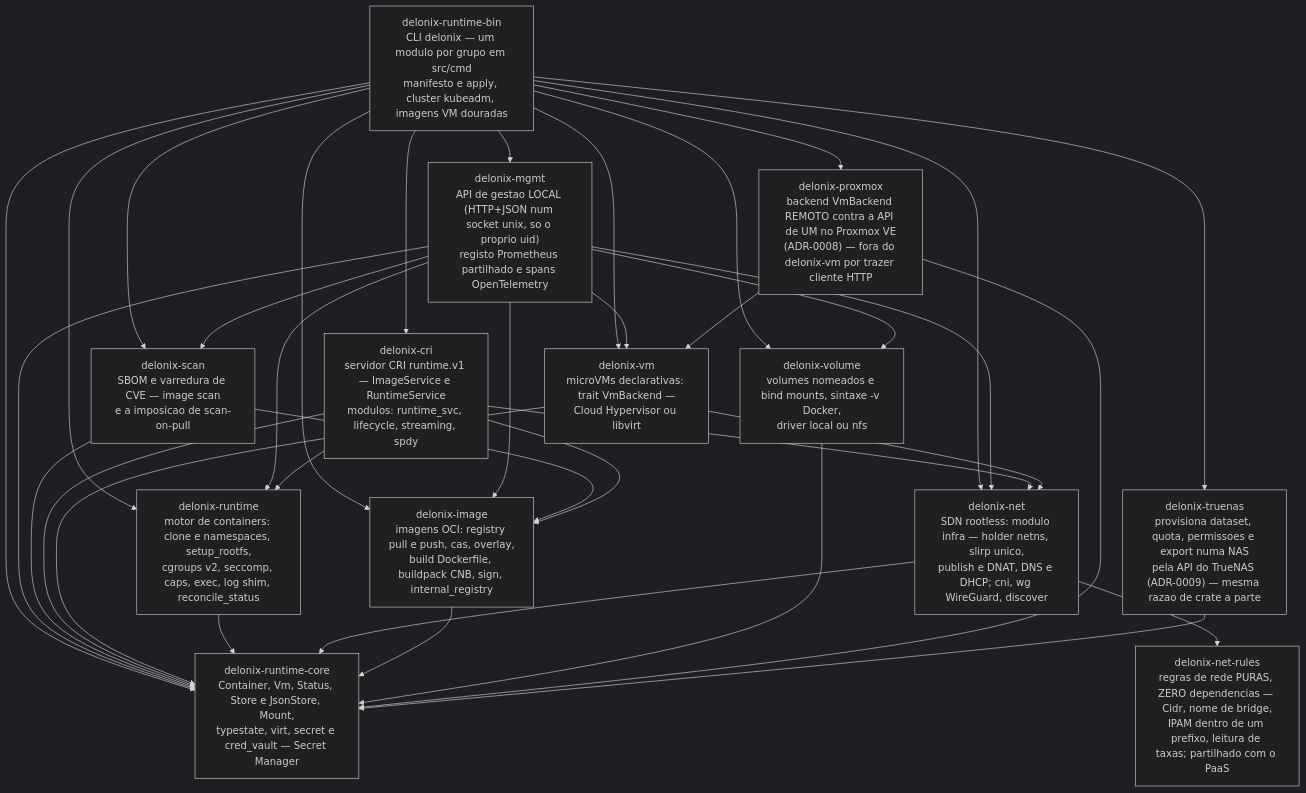
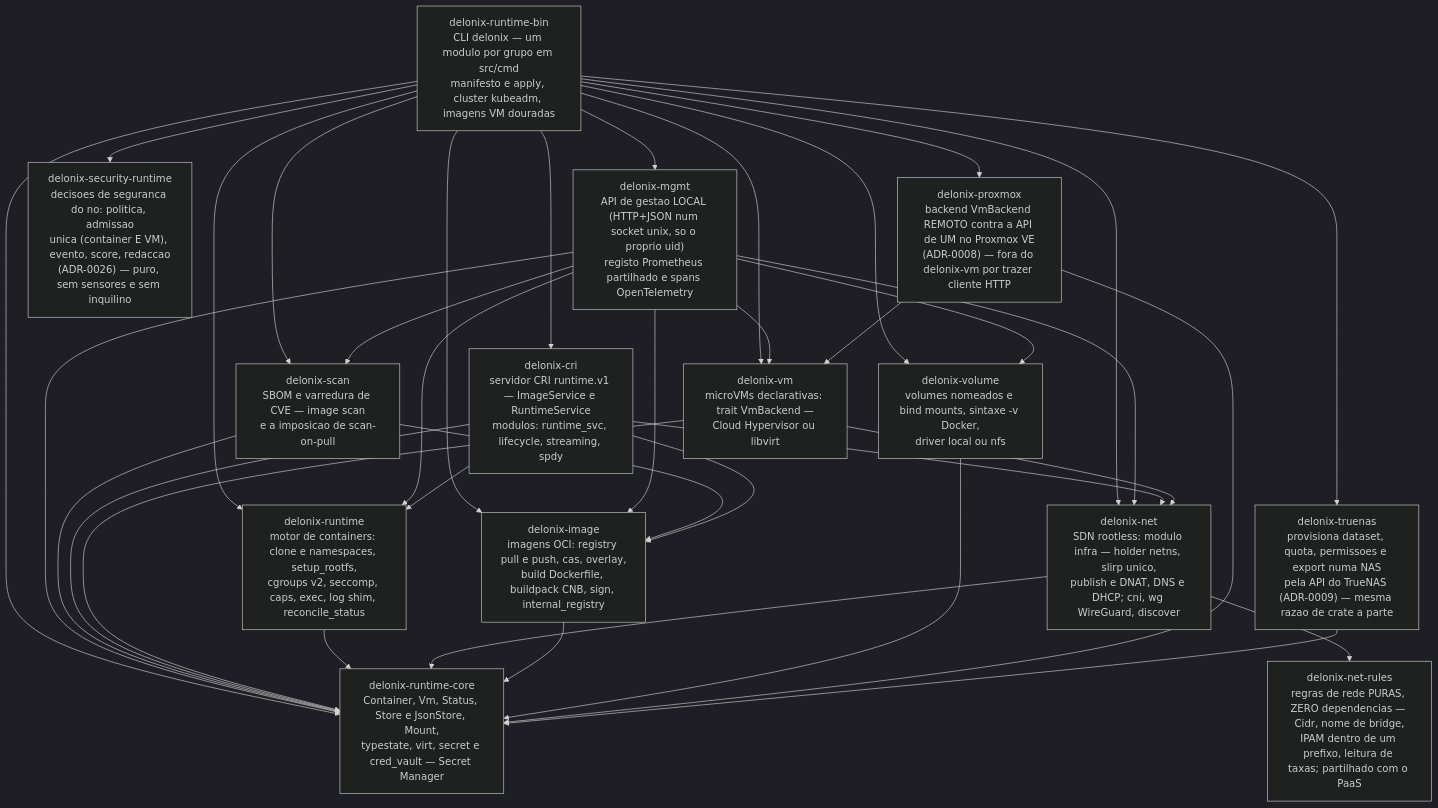
Before and after one commit to angolardevops/delonix-runtime: the third of 7 diagrams in ARCHITECTURE.md, drawn with Mermaid (dark theme). The commit also changed other lines of this file and 20 other files, not shown here.

````diff
--- a/ARCHITECTURE.md
+++ b/ARCHITECTURE.md
@@ -137,57 +137,59 @@
 ```mermaid
 graph TB
     BIN["delonix-runtime-bin<br>CLI delonix — um modulo por grupo em src/cmd<br>manifesto e apply, cluster kubeadm, imagens VM douradas"]
     CRI["delonix-cri<br>servidor CRI runtime.v1 — ImageService e RuntimeService<br>modulos: runtime_svc, lifecycle, streaming, spdy"]
     RT["delonix-runtime<br>motor de containers: clone e namespaces, setup_rootfs,<br>cgroups v2, seccomp, caps, exec, log shim, reconcile_status"]
     NET["delonix-net<br>SDN rootless: modulo infra — holder netns, slirp unico,<br>publish e DNAT, DNS e DHCP; cni, wg WireGuard, discover"]
     IMG["delonix-image<br>imagens OCI: registry pull e push, cas, overlay,<br>build Dockerfile, buildpack CNB, sign, internal_registry"]
     VM2["delonix-vm<br>microVMs declarativas: trait VmBackend —<br>Cloud Hypervisor ou libvirt"]
     VOL["delonix-volume<br>volumes nomeados e bind mounts, sintaxe -v Docker,<br>driver local ou nfs"]
     CORE["delonix-runtime-core<br>Container, Vm, Status, Store e JsonStore, Mount,<br>typestate, virt, secret e cred_vault — Secret Manager"]
     MGMT["delonix-mgmt<br>API de gestao LOCAL (HTTP+JSON num socket unix, so o proprio uid)<br>registo Prometheus partilhado e spans OpenTelemetry"]
     SCAN["delonix-scan<br>SBOM e varredura de CVE — image scan<br>e a imposicao de scan-on-pull"]
+    SEC["delonix-security-runtime<br>decisoes de seguranca do no: politica, admissao<br>unica (container E VM), evento, score, redaccao<br>(ADR-0026) — puro, sem sensores e sem inquilino"]
     RULES["delonix-net-rules<br>regras de rede PURAS, ZERO dependencias — Cidr, nome de bridge,<br>IPAM dentro de um prefixo, leitura de taxas; partilhado com o PaaS"]
     PVE["delonix-proxmox<br>backend VmBackend REMOTO contra a API de UM no Proxmox VE<br>(ADR-0008) — fora do delonix-vm por trazer cliente HTTP"]
     NAS["delonix-truenas<br>provisiona dataset, quota, permissoes e export numa NAS<br>pela API do TrueNAS (ADR-0009) — mesma razao de crate a parte"]
 
     BIN --> RT
     BIN --> IMG
     BIN --> VM2
     BIN --> VOL
     BIN --> NET
     BIN --> CORE
     BIN --> CRI
     BIN --> MGMT
     BIN --> SCAN
+    BIN --> SEC
     BIN --> PVE
     BIN --> NAS
 
     MGMT --> RT
     MGMT --> IMG
     MGMT --> VM2
     MGMT --> VOL
     MGMT --> NET
     MGMT --> SCAN
     MGMT --> CORE
 
     SCAN --> IMG
     SCAN --> CORE
 
     CRI --> RT
     CRI --> IMG
     CRI --> NET
     CRI --> CORE
 
     VM2 --> NET
     VM2 --> CORE
 
     RT --> CORE
     NET --> CORE
     IMG --> CORE
     VOL --> CORE
 
     NET --> RULES
     PVE --> VM2
     PVE --> CORE
     NAS --> CORE
 ```
````
